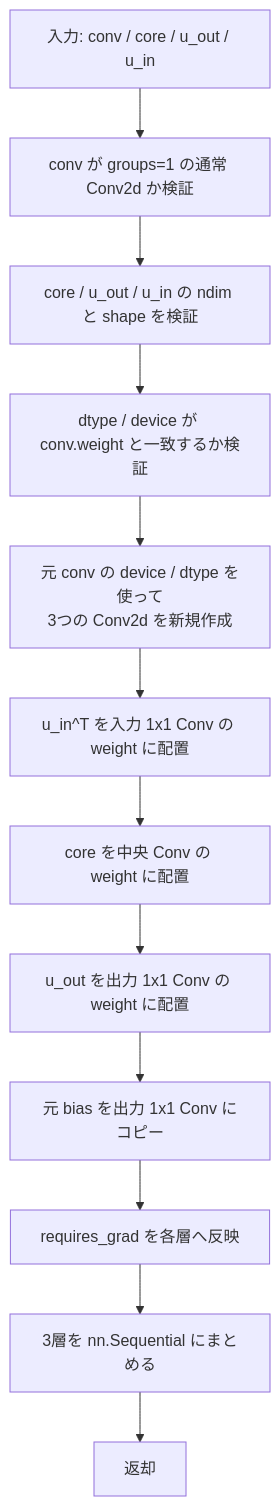
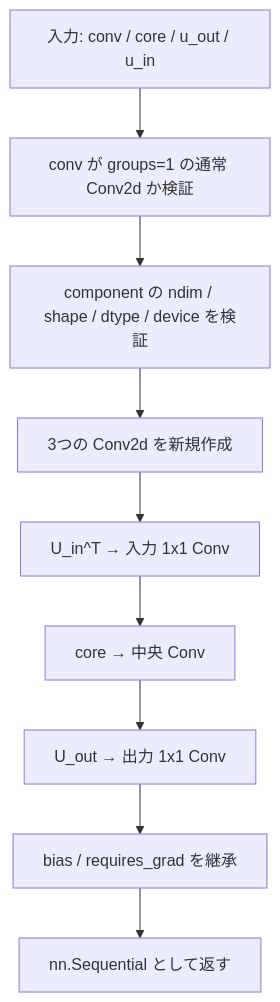
One commit to astrare2480/nn-compression-svd-dmrg changed the first of 2 diagrams in docs/07_src設計/05_Core_API_v1/compression/build_tucker2_conv_from_components.md. Above: the diagram before and after it, drawn with Mermaid. The commit also changed other lines of this file and 43 other files, not shown here.

Commit message:
docs: clarify API semantics and diagram usage

````diff
--- a/docs/07_src設計/05_Core_API_v1/compression/build_tucker2_conv_from_components.md
+++ b/docs/07_src設計/05_Core_API_v1/compression/build_tucker2_conv_from_components.md
@@ -63,14 +67,11 @@
 ```mermaid
 flowchart TD
     A["入力: conv / core / u_out / u_in"] --> B["conv が groups=1 の通常 Conv2d か検証"]
-    B --> C["core / u_out / u_in の ndim と shape を検証"]
-    C --> D["dtype / device が conv.weight と一致するか検証"]
-    D --> E["元 conv の device / dtype を使って<br/>3つの Conv2d を新規作成"]
-    E --> F["u_in^T を入力 1x1 Conv の weight に配置"]
-    F --> G["core を中央 Conv の weight に配置"]
-    G --> H["u_out を出力 1x1 Conv の weight に配置"]
-    H --> I["元 bias を出力 1x1 Conv にコピー"]
-    I --> J["requires_grad を各層へ反映"]
-    J --> K["3層を nn.Sequential にまとめる"]
-    K --> L["返却"]
+    B --> C["component の ndim / shape / dtype / device を検証"]
+    C --> D["3つの Conv2d を新規作成"]
+    D --> E["U_in^T → 入力 1x1 Conv"]
+    E --> F["core → 中央 Conv"]
+    F --> G["U_out → 出力 1x1 Conv"]
+    G --> H["bias / requires_grad を継承"]
+    H --> I["nn.Sequential として返す"]
 ```
````
